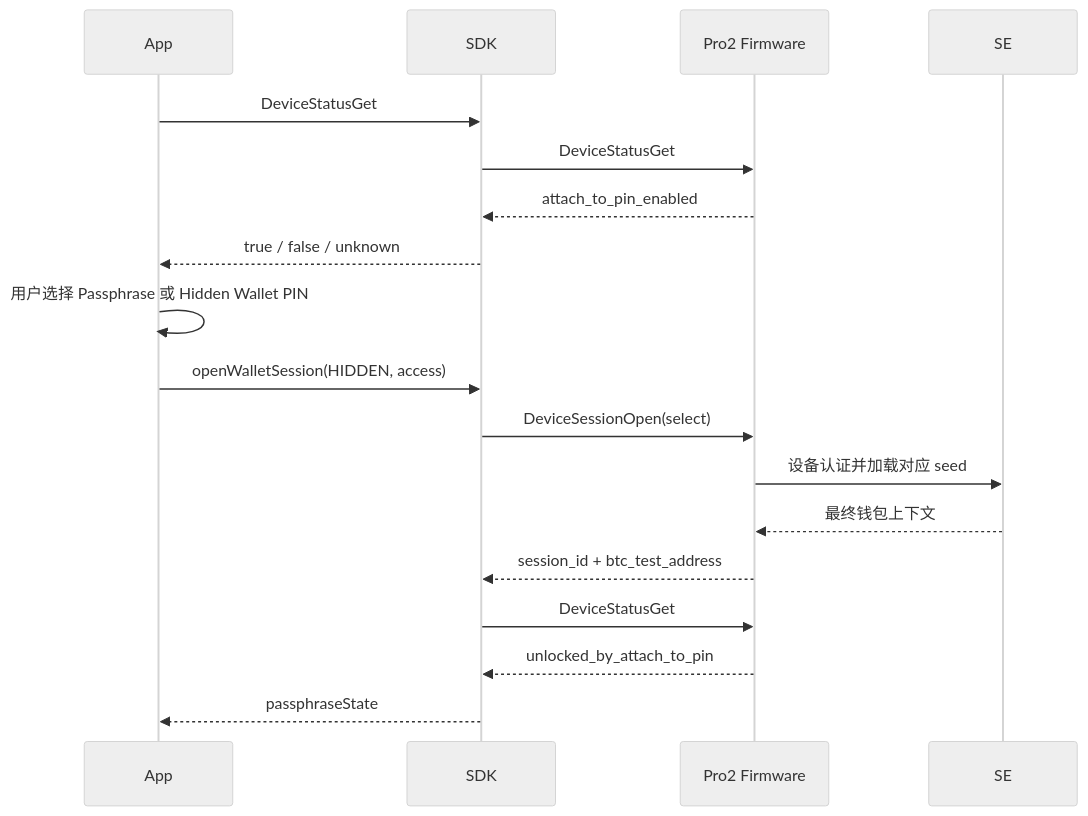
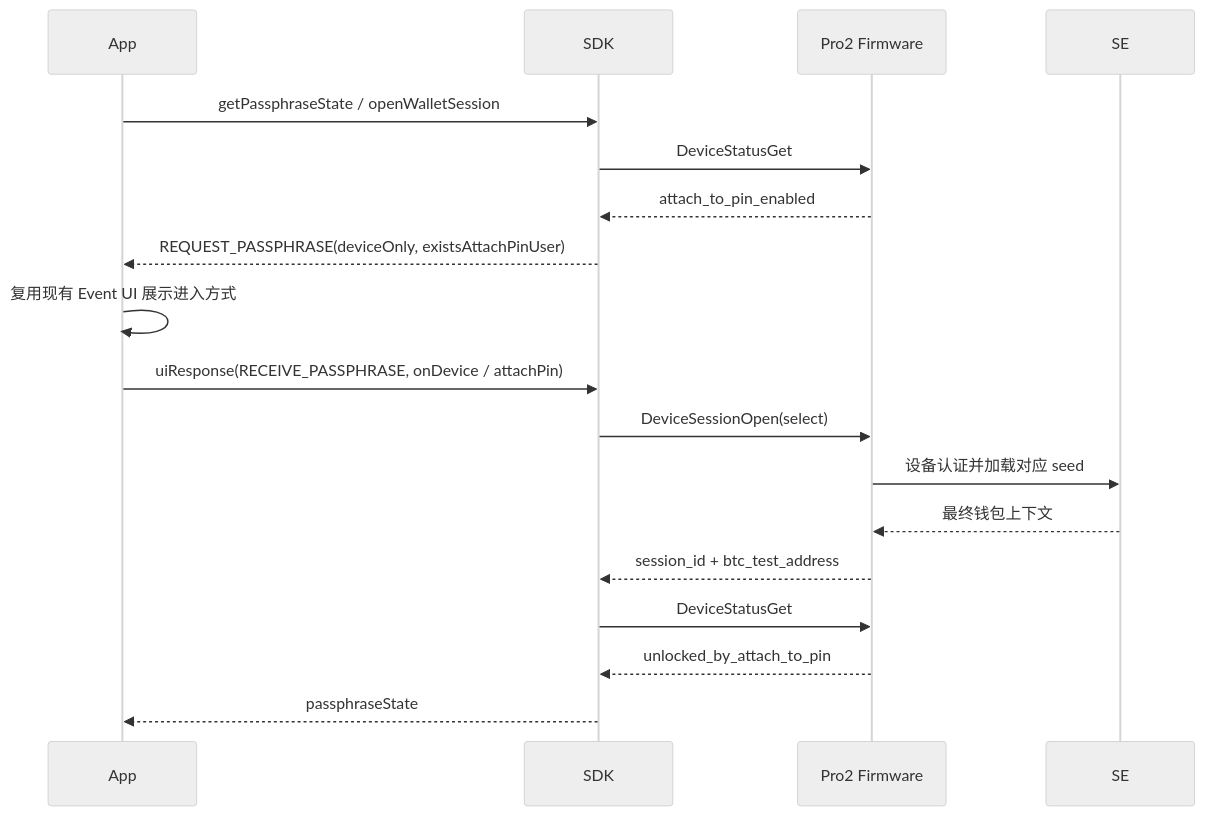
Before and after one commit to OneKeyHQ/hardware-js-sdk: the second of 4 diagrams in docs/superpowers/specs/2026-07-16-pro2-eventless-wallet-session-design.md, drawn with Mermaid (neutral theme). The commit also changed other lines of this file, not shown here.

Commit message:
docs: preserve SDK UI events for Pro2 sessions

````diff
--- a/docs/superpowers/specs/2026-07-16-pro2-eventless-wallet-session-design.md
+++ b/docs/superpowers/specs/2026-07-16-pro2-eventless-wallet-session-design.md
@@ -86,22 +108,21 @@
 ```mermaid
 sequenceDiagram
     participant App
     participant SDK
     participant Device as Pro2 Firmware
     participant SE
 
-    App->>SDK: DeviceStatusGet
+    App->>SDK: getPassphraseState / openWalletSession
     SDK->>Device: DeviceStatusGet
     Device-->>SDK: attach_to_pin_enabled
-    SDK-->>App: true / false / unknown
-
-    App->>App: 用户选择 Passphrase 或 Hidden Wallet PIN
-    App->>SDK: openWalletSession(HIDDEN, access)
+    SDK-->>App: REQUEST_PASSPHRASE(deviceOnly, existsAttachPinUser)
+    App->>App: 复用现有 Event UI 展示进入方式
+    App->>SDK: uiResponse(RECEIVE_PASSPHRASE, onDevice / attachPin)
     SDK->>Device: DeviceSessionOpen(select)
     Device->>SE: 设备认证并加载对应 seed
     SE-->>Device: 最终钱包上下文
     Device-->>SDK: session_id + btc_test_address
     SDK->>Device: DeviceStatusGet
     Device-->>SDK: unlocked_by_attach_to_pin
     SDK-->>App: passphraseState
 ```
````
